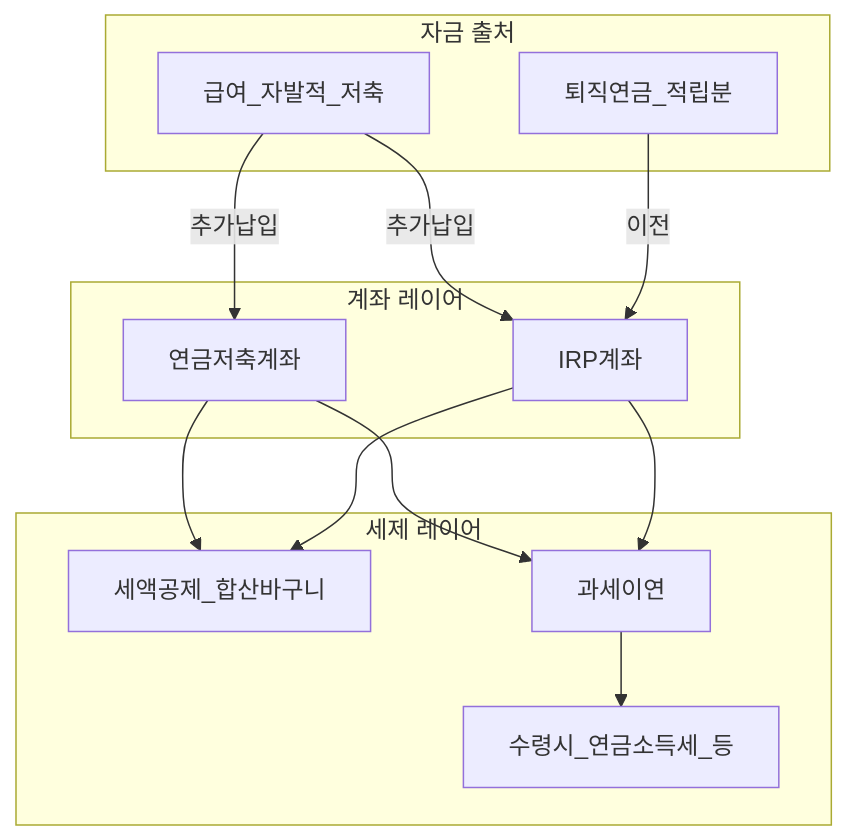
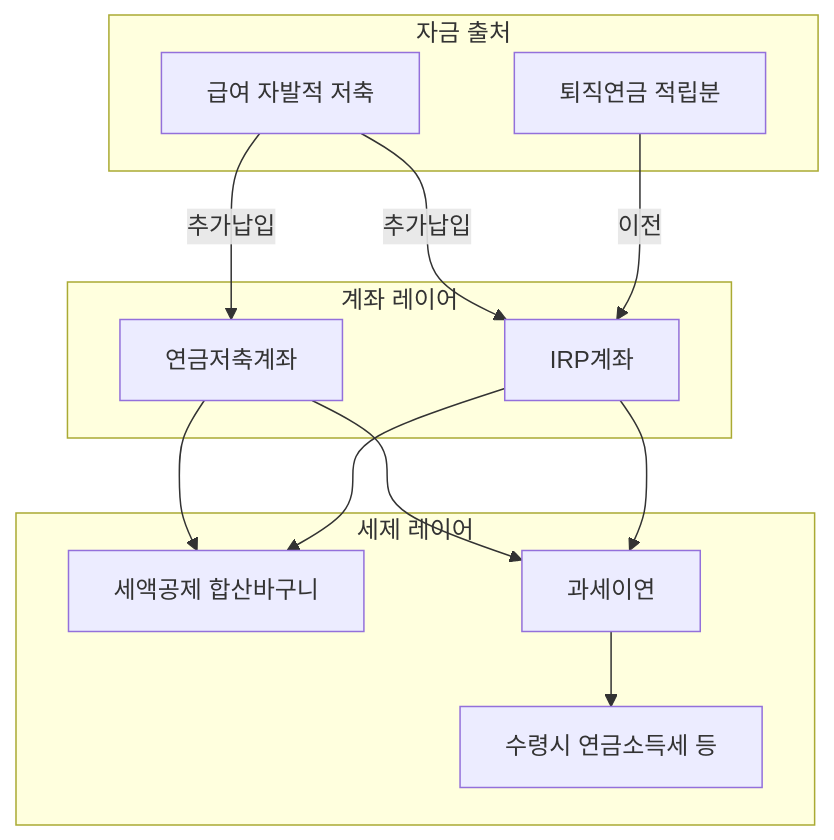
Before and after one commit to goldanghenry/Finances: the first of 2 diagrams in 06-korea-policy/pension-savings-account.md, drawn with Mermaid. The commit also changed other lines of this file and 211 other files, not shown here.

````diff
--- a/06-korea-policy/pension-savings-account.md
+++ b/06-korea-policy/pension-savings-account.md
@@ -126,24 +137,24 @@
 ```mermaid
 flowchart TB
   subgraph sources [자금 출처]
-    Salary[급여_자발적_저축]
-    Severance[퇴직연금_적립분]
+    Salary["급여 자발적 저축"]
+    Severance["퇴직연금 적립분"]
   end
   subgraph accounts [계좌 레이어]
     PS[연금저축계좌]
     IRP[IRP계좌]
   end
   subgraph policy [세제 레이어]
-    Deduction[세액공제_합산바구니]
+    Deduction["세액공제 합산바구니"]
     Defer[과세이연]
-    Paytax[수령시_연금소득세_등]
+    Paytax["수령시 연금소득세 등"]
   end
   Salary -->|추가납입| PS
   Salary -->|추가납입| IRP
   Severance -->|이전| IRP
   PS --> Deduction
   IRP --> Deduction
   PS --> Defer
   IRP --> Defer
   Defer --> Paytax
 ```
````
